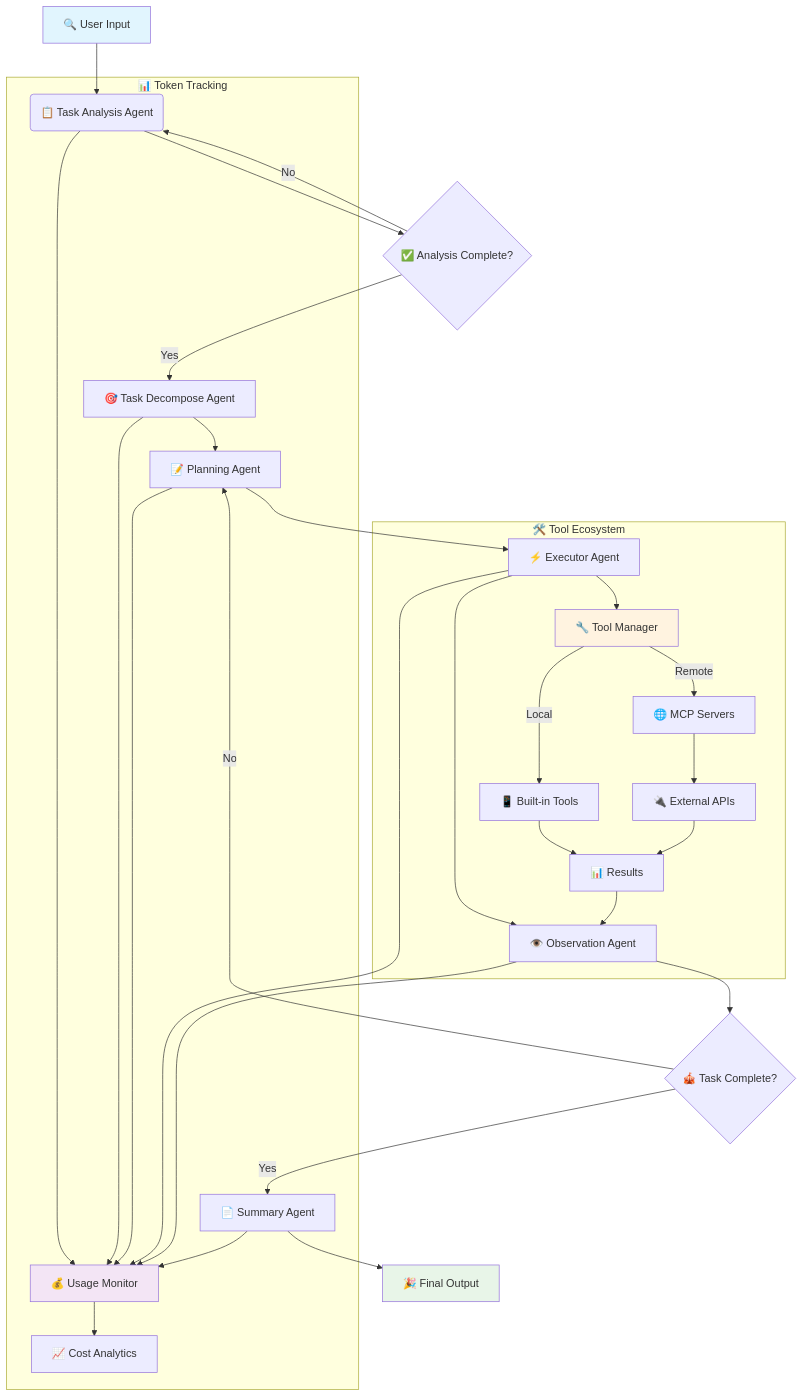
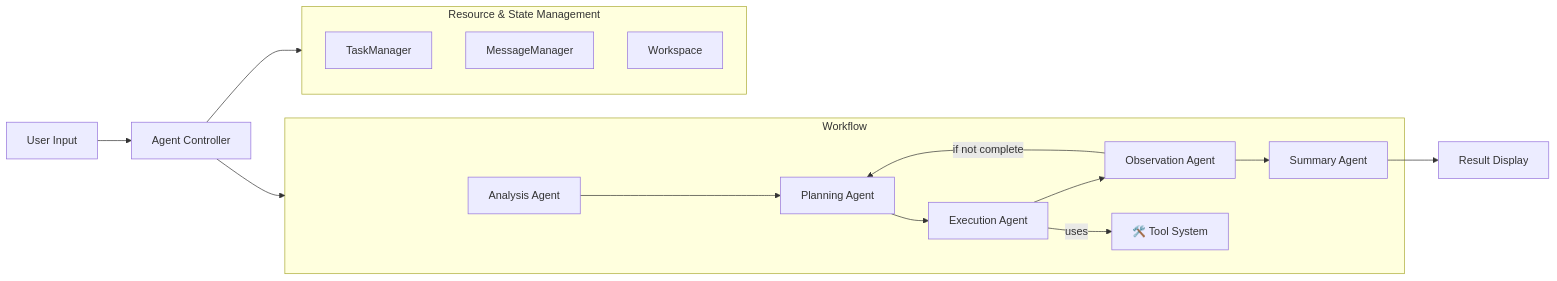
Before and after one commit to ZHangZHengEric/Sage: the diagram in README.md, drawn with Mermaid. The commit also changed other lines of this file and 18 other files, not shown here.

````diff
--- a/README.md
+++ b/README.md
@@ -120,39 +120,19 @@
 ```mermaid
-graph TD
-    A[🔍 User Input] --> B(📋 Task Analysis Agent)
-    B --> C{✅ Analysis Complete?}
-    C -->|Yes| D[🎯 Task Decompose Agent]
-    C -->|No| B
-    D --> E[📝 Planning Agent]
-    E --> F[⚡ Executor Agent]
-    F --> G[👁️ Observation Agent]
-    G --> H{🎪 Task Complete?}
-    H -->|Yes| I[📄 Summary Agent]
-    H -->|No| E
-    I --> J[🎉 Final Output]
-    
-    subgraph "🛠️ Tool Ecosystem"
-        F --> K[🔧 Tool Manager]
-        K -->|Local| L[📱 Built-in Tools]
-        K -->|Remote| M[🌐 MCP Servers]
-        M --> N[🔌 External APIs]
-        L --> O[📊 Results]
-        N --> O
-        O --> G
+graph LR
+    U[User Input] --> AC[Agent Controller]
+    AC --> WF
+    AC --> RM
+
+    subgraph WF[Workflow]
+        A[Analysis Agent] --> B[Planning Agent] --> C[Execution Agent] --> D[Observation Agent] --> E[Summary Agent]
+        D -- "if not complete" --> B
+        C -- uses --> X[🛠️ Tool System]
     end
-    
-    subgraph "📊 Token Tracking"
-        B --> P[💰 Usage Monitor]
-        D --> P
-        E --> P
-        F --> P
-        G --> P
-        I --> P
-        P --> Q[📈 Cost Analytics]
+    E --> R[Result Display]
+
+    subgraph RM["Resource & State Management"]
+        F[TaskManager]
+        G[MessageManager]
+        H[Workspace]
     end
-    
-    style A fill:#e1f5fe
-    style J fill:#e8f5e8
-    style K fill:#fff3e0
-    style P fill:#f3e5f5
 ```
````
